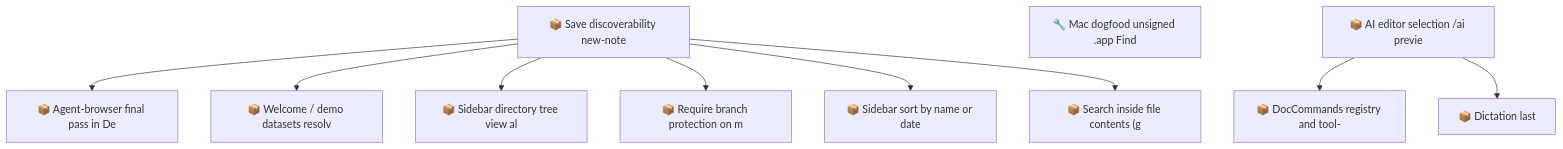
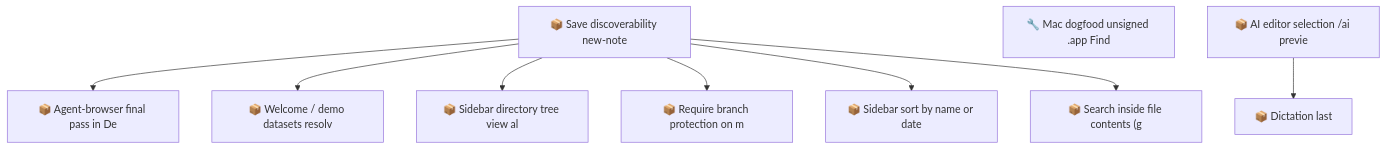
The second of 2 diagrams in docs/roadmap.md (SpillwaveSolutions/motion), drawn with Mermaid before and after one commit. The commit also changed other lines of this file and 28 other files, not shown here.

First line of the commit message:
feat: DocCommands registry and tool-use preview

````diff
--- a/docs/roadmap.md
+++ b/docs/roadmap.md
@@ -105,22 +95,20 @@
 ```mermaid
 graph TD
     01KYQYYN3SBWDT25TC6H3G4EAA["📦 Save discoverability new-note"]
     01KYQYYN3T2SSGG33ESEWPXKH8["📦 Agent-browser final pass in De"]
     01KYQYYN3T3VB8RCTMJJ13FK2H["📦 Welcome / demo datasets resolv"]
     01KYQYYN3T5W49QH05WCCYX7CE["📦 Sidebar directory tree view al"]
     01KYQYYN3T731B57N8NXQ8C0FQ["📦 Require branch protection on m"]
     01KYQYYN3TA69K8848E483HC82["📦 Sidebar sort by name or date"]
     01KYQYYN3TKW93D9SVW07VKFZY["📦 Search inside file contents (g"]
     01M18Q560MPAYQJTA0W6F4DAW3["🔧 Mac dogfood unsigned .app Find"]
-    01M18R79ZM3BMYZ56C7P874YN1["📦 DocCommands registry and tool-"]
     01M18R79ZM90HJ0MBG3CX6VW7E["📦 Dictation last"]
     01M18R79ZMN53CMV76JFHKVEFN["📦 AI editor selection /ai previe"]
     01KYQYYN3SBWDT25TC6H3G4EAA --> 01KYQYYN3T2SSGG33ESEWPXKH8
     01KYQYYN3SBWDT25TC6H3G4EAA --> 01KYQYYN3T3VB8RCTMJJ13FK2H
     01KYQYYN3SBWDT25TC6H3G4EAA --> 01KYQYYN3T5W49QH05WCCYX7CE
     01KYQYYN3SBWDT25TC6H3G4EAA --> 01KYQYYN3T731B57N8NXQ8C0FQ
     01KYQYYN3SBWDT25TC6H3G4EAA --> 01KYQYYN3TA69K8848E483HC82
     01KYQYYN3SBWDT25TC6H3G4EAA --> 01KYQYYN3TKW93D9SVW07VKFZY
-    01M18R79ZMN53CMV76JFHKVEFN --> 01M18R79ZM3BMYZ56C7P874YN1
     01M18R79ZMN53CMV76JFHKVEFN --> 01M18R79ZM90HJ0MBG3CX6VW7E
 ```
````
